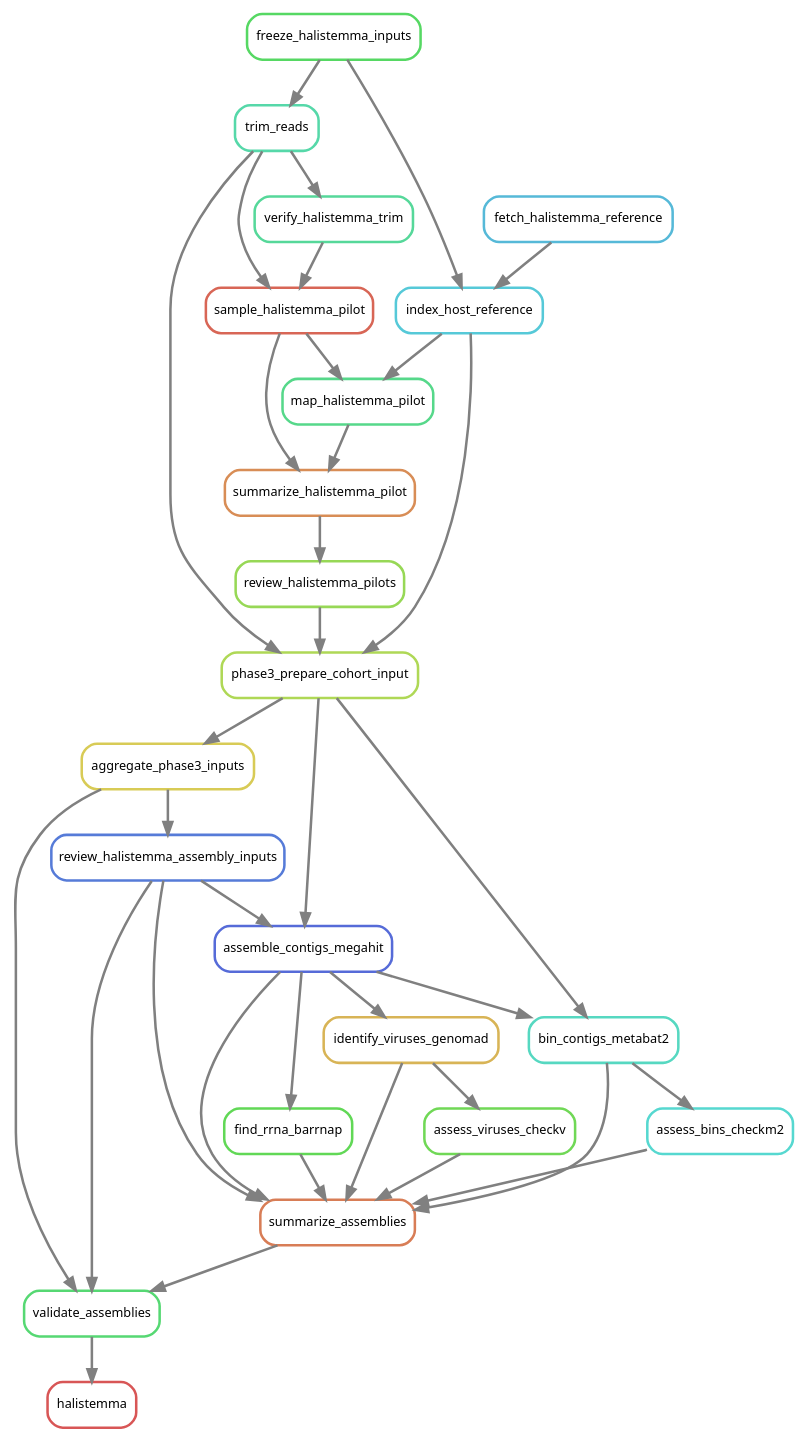
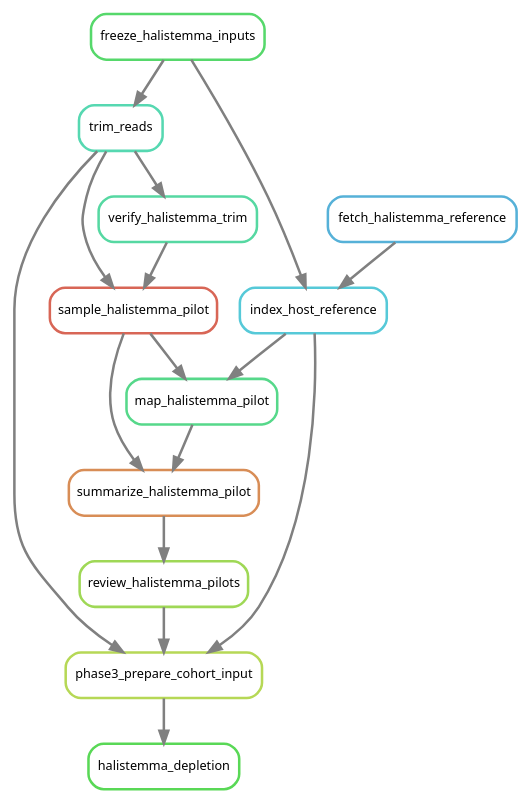
One commit to caseywdunn/siph-associates changed the diagram in docs/workflow/graphs/halistemma.dot. Above: the diagram before and after it, drawn with Graphviz. The commit also changed 42 other files, not shown here.

First line of the commit message:
Treat Halistemma consistently across host-depleted analyses

```diff
--- a/docs/workflow/graphs/halistemma.dot
+++ b/docs/workflow/graphs/halistemma.dot
@@ -1,61 +1,31 @@
 digraph snakemake_dag {
     graph[bgcolor=white, margin=0];
     node[shape=box, style=rounded, fontname=sans,                 fontsize=10, penwidth=2];
     edge[penwidth=2, color=grey];
-	0[label = "halistemma", color = "0.00 0.6 0.85", style="rounded"];
-	1[label = "validate_assemblies", color = "0.37 0.6 0.85", style="rounded"];
-	2[label = "summarize_assemblies", color = "0.05 0.6 0.85", style="rounded"];
-	3[label = "review_halistemma_assembly_inputs", color = "0.62 0.6 0.85", style="rounded"];
-	4[label = "aggregate_phase3_inputs", color = "0.15 0.6 0.85", style="rounded"];
-	5[label = "phase3_prepare_cohort_input", color = "0.22 0.6 0.85", style="rounded"];
-	6[label = "trim_reads", color = "0.44 0.6 0.85", style="rounded"];
-	7[label = "freeze_halistemma_inputs", color = "0.35 0.6 0.85", style="rounded"];
-	8[label = "index_host_reference", color = "0.52 0.6 0.85", style="rounded"];
-	9[label = "fetch_halistemma_reference", color = "0.54 0.6 0.85", style="rounded"];
-	10[label = "review_halistemma_pilots", color = "0.25 0.6 0.85", style="rounded"];
-	11[label = "summarize_halistemma_pilot", color = "0.07 0.6 0.85", style="rounded"];
-	12[label = "sample_halistemma_pilot", color = "0.02 0.6 0.85", style="rounded"];
-	13[label = "verify_halistemma_trim", color = "0.42 0.6 0.85", style="rounded"];
-	14[label = "map_halistemma_pilot", color = "0.40 0.6 0.85", style="rounded"];
-	15[label = "assemble_contigs_megahit", color = "0.64 0.6 0.85", style="rounded"];
-	16[label = "find_rrna_barrnap", color = "0.32 0.6 0.85", style="rounded"];
-	17[label = "identify_viruses_genomad", color = "0.12 0.6 0.85", style="rounded"];
-	18[label = "assess_viruses_checkv", color = "0.30 0.6 0.85", style="rounded"];
-	19[label = "bin_contigs_metabat2", color = "0.47 0.6 0.85", style="rounded"];
-	20[label = "assess_bins_checkm2", color = "0.49 0.6 0.85", style="rounded"];
+	0[label = "halistemma_depletion", color = "0.33 0.6 0.85", style="rounded"];
+	1[label = "phase3_prepare_cohort_input", color = "0.21 0.6 0.85", style="rounded"];
+	2[label = "trim_reads", color = "0.45 0.6 0.85", style="rounded"];
+	3[label = "freeze_halistemma_inputs", color = "0.36 0.6 0.85", style="rounded"];
+	4[label = "index_host_reference", color = "0.52 0.6 0.85", style="rounded"];
+	5[label = "fetch_halistemma_reference", color = "0.55 0.6 0.85", style="rounded"];
+	6[label = "review_halistemma_pilots", color = "0.24 0.6 0.85", style="rounded"];
+	7[label = "summarize_halistemma_pilot", color = "0.07 0.6 0.85", style="rounded"];
+	8[label = "sample_halistemma_pilot", color = "0.02 0.6 0.85", style="rounded"];
+	9[label = "verify_halistemma_trim", color = "0.43 0.6 0.85", style="rounded"];
+	10[label = "map_halistemma_pilot", color = "0.40 0.6 0.85", style="rounded"];
 	1 -> 0
+	6 -> 1
 	4 -> 1
-	3 -> 1
 	2 -> 1
-	16 -> 2
-	17 -> 2
-	19 -> 2
-	20 -> 2
 	3 -> 2
-	15 -> 2
-	18 -> 2
-	4 -> 3
+	3 -> 4
 	5 -> 4
-	10 -> 5
-	8 -> 5
-	6 -> 5
 	7 -> 6
-	7 -> 8
+	10 -> 7
+	8 -> 7
 	9 -> 8
-	11 -> 10
-	14 -> 11
-	12 -> 11
-	13 -> 12
-	6 -> 12
-	6 -> 13
-	12 -> 14
-	8 -> 14
-	3 -> 15
-	5 -> 15
-	15 -> 16
-	15 -> 17
-	17 -> 18
-	5 -> 19
-	15 -> 19
-	19 -> 20
+	2 -> 8
+	2 -> 9
+	8 -> 10
+	4 -> 10
 }            
```
